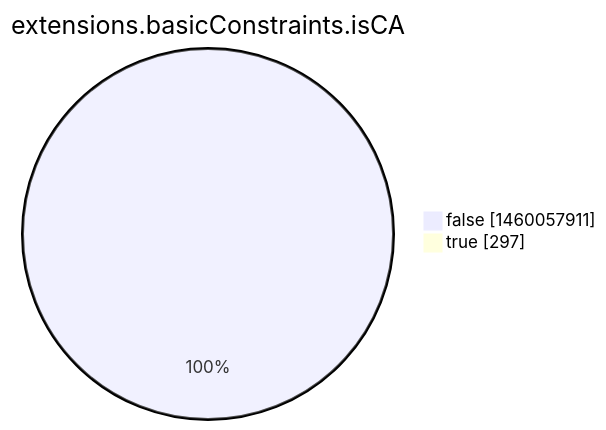
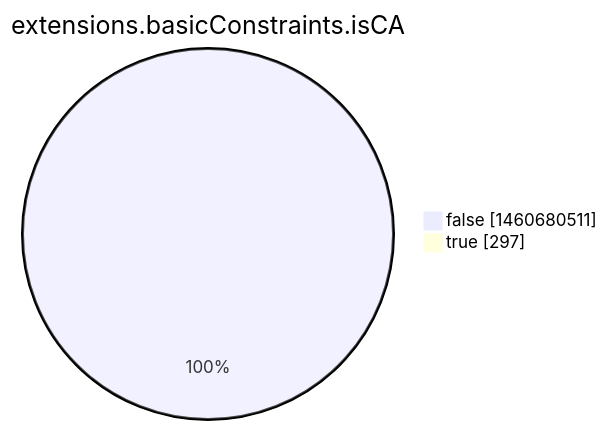
Before and after one commit to christiankrug/ctmonitor_visualization: the eighth of 15 diagrams in argon2022/README.md, drawn with Mermaid. The commit also changed other lines of this file, not shown here.

````diff
--- a/argon2022/README.md
+++ b/argon2022/README.md
@@ -2760,6 +2760,6 @@
 ```mermaid
 pie showData
 title extensions.basicConstraints.isCA
-"false" :1460057911
+"false" :1460680511
 "true" :297
 ```
````
